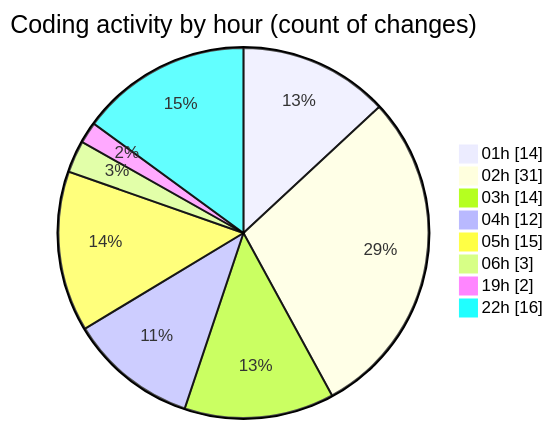
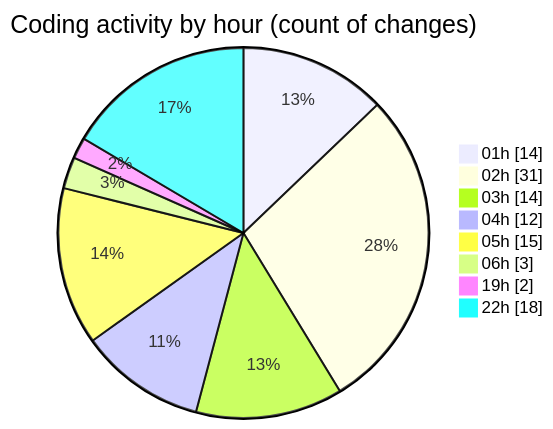
Before and after one commit to jrari/code-tracking: the second of 2 diagrams in 2025-07-13/telebot/README.md, drawn with Mermaid. The commit also changed other lines of this file and 1 other file, not shown here.

````diff
--- a/2025-07-13/telebot/README.md
+++ b/2025-07-13/telebot/README.md
@@ -73,12 +74,12 @@
 ```mermaid
 pie showData
 title Coding activity by hour (count of changes)
 "01h" : 14
 "02h" : 31
 "03h" : 14
 "04h" : 12
 "05h" : 15
 "06h" : 3
 "19h" : 2
-"22h" : 16
+"22h" : 18
 ```
````
